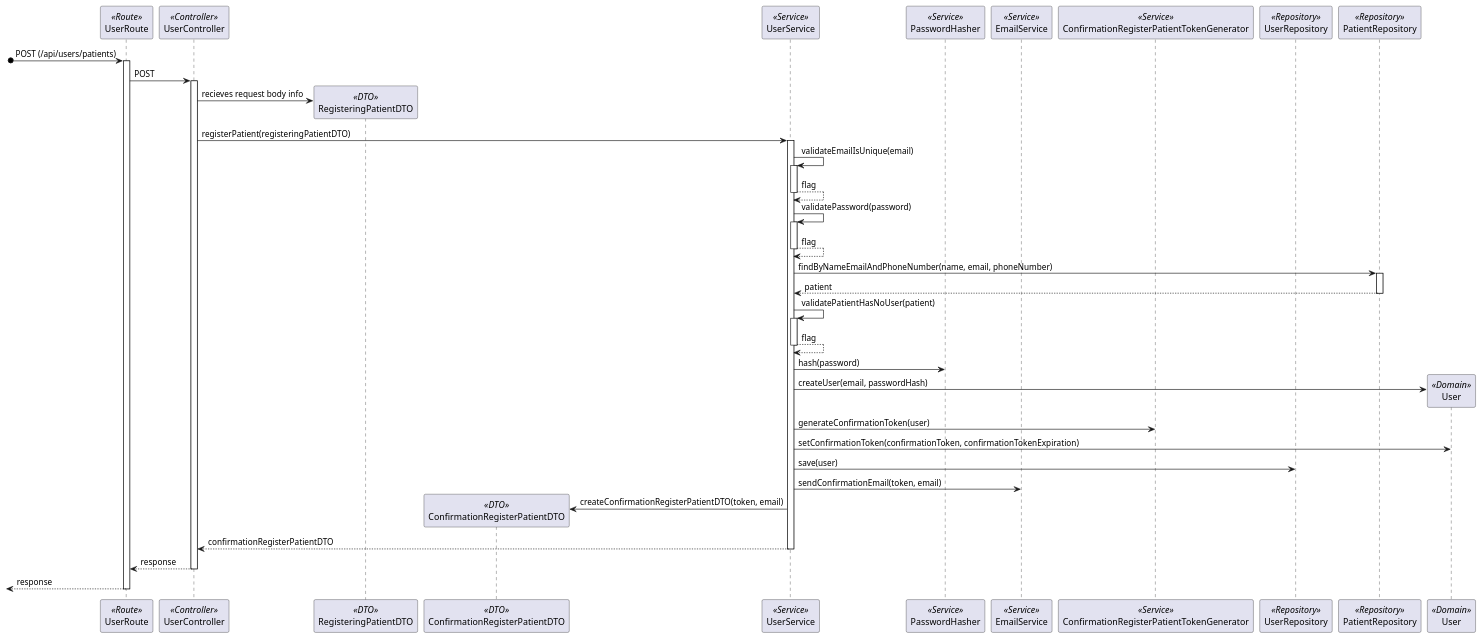
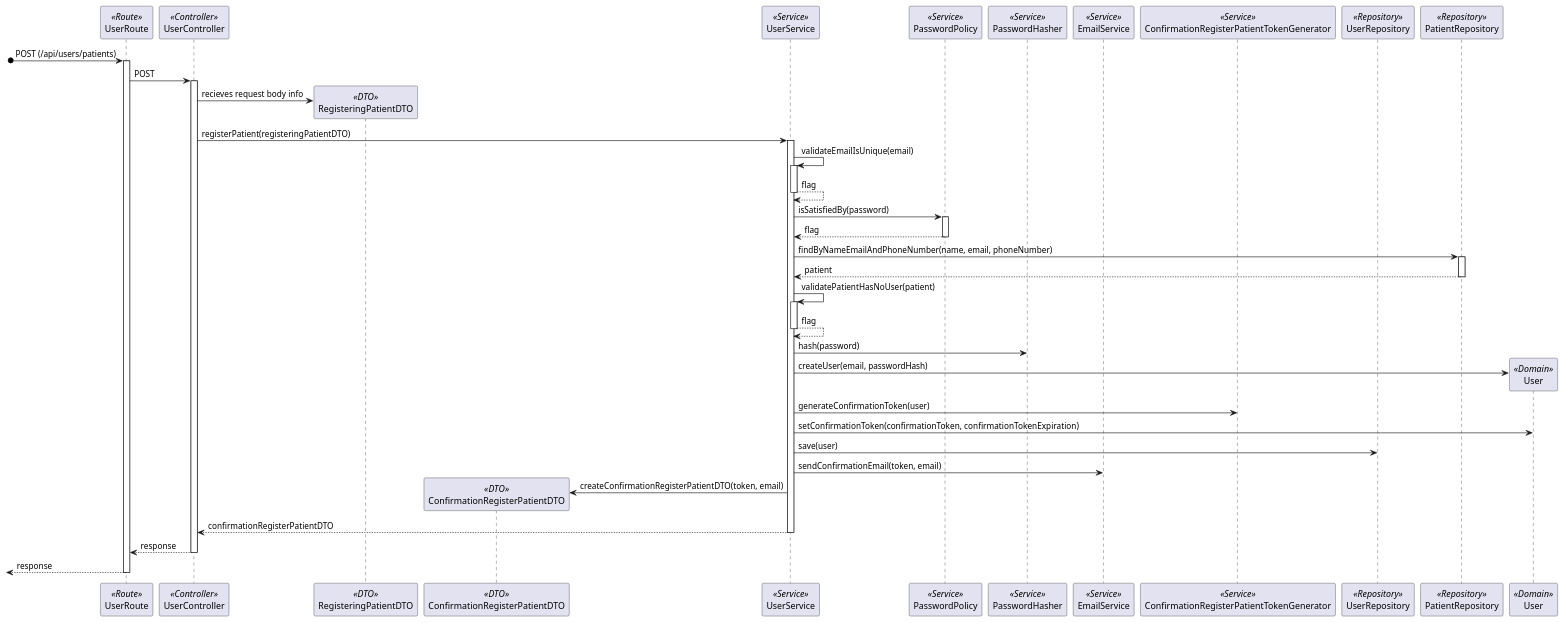
The diagram in docs/Sprint_1/US_5.1.3/L3/Process_View_Prior_Confirmation.puml (Rodrick0209/ISEP-SEM5PI-24-25), drawn with PlantUML before and after one commit. The commit also changed 1 other file, not shown here.

Commit message:
US 5.1.3 Design (add Password Policy reference) #4

```diff
--- a/docs/Sprint_1/US_5.1.3/L3/Process_View_Prior_Confirmation.puml
+++ b/docs/Sprint_1/US_5.1.3/L3/Process_View_Prior_Confirmation.puml
@@ -2,47 +2,48 @@
 @startuml Process_View_Prior_Confirmation
 participant UserRoute as Route <<Route>>
 participant UserController as Controller <<Controller>>
 participant RegisteringPatientDTO as DTO <<DTO>>
 participant ConfirmationRegisterPatientDTO as ConfirmationDTO <<DTO>>
 participant UserService as Service <<Service>>
+participant PasswordPolicy as Policy <<Service>>
 participant PasswordHasher as Hasher <<Service>>
 participant EmailService as EmailService <<Service>>
 participant ConfirmationRegisterPatientTokenGenerator as TokenGenerator <<Service>>
 participant UserRepository as Repository <<Repository>>
 participant PatientRepository as PatientRepository <<Repository>> 
 participant User as Domain <<Domain>>
 [o-> Route: POST (/api/users/patients)
 activate Route
 Route -> Controller : POST
 activate Controller
 Controller -> DTO** : recieves request body info
 Controller -> Service : registerPatient(registeringPatientDTO)
 activate Service
 Service -> Service : validateEmailIsUnique(email)
 activate Service
 return flag
-Service -> Service : validatePassword(password)
-activate Service
+Service -> Policy : isSatisfiedBy(password)
+activate Policy
 return flag
 Service -> PatientRepository : findByNameEmailAndPhoneNumber(name, email, phoneNumber)
 activate PatientRepository
 return patient
 Service -> Service : validatePatientHasNoUser(patient)
 activate Service
 return flag
 Service -> Hasher : hash(password)
 Service -> Domain** : createUser(email, passwordHash)
 Service -> TokenGenerator : generateConfirmationToken(user)
 Service -> Domain : setConfirmationToken(confirmationToken, confirmationTokenExpiration)
 Service -> Repository : save(user)
 Service -> EmailService : sendConfirmationEmail(token, email)
 Service -> ConfirmationDTO** : createConfirmationRegisterPatientDTO(token, email)
 Service --> Controller : confirmationRegisterPatientDTO
 deactivate Service
 Controller --> Route : response
 deactivate Controller
 <-- Route : response
 deactivate Route
 
 
 @enduml
```
